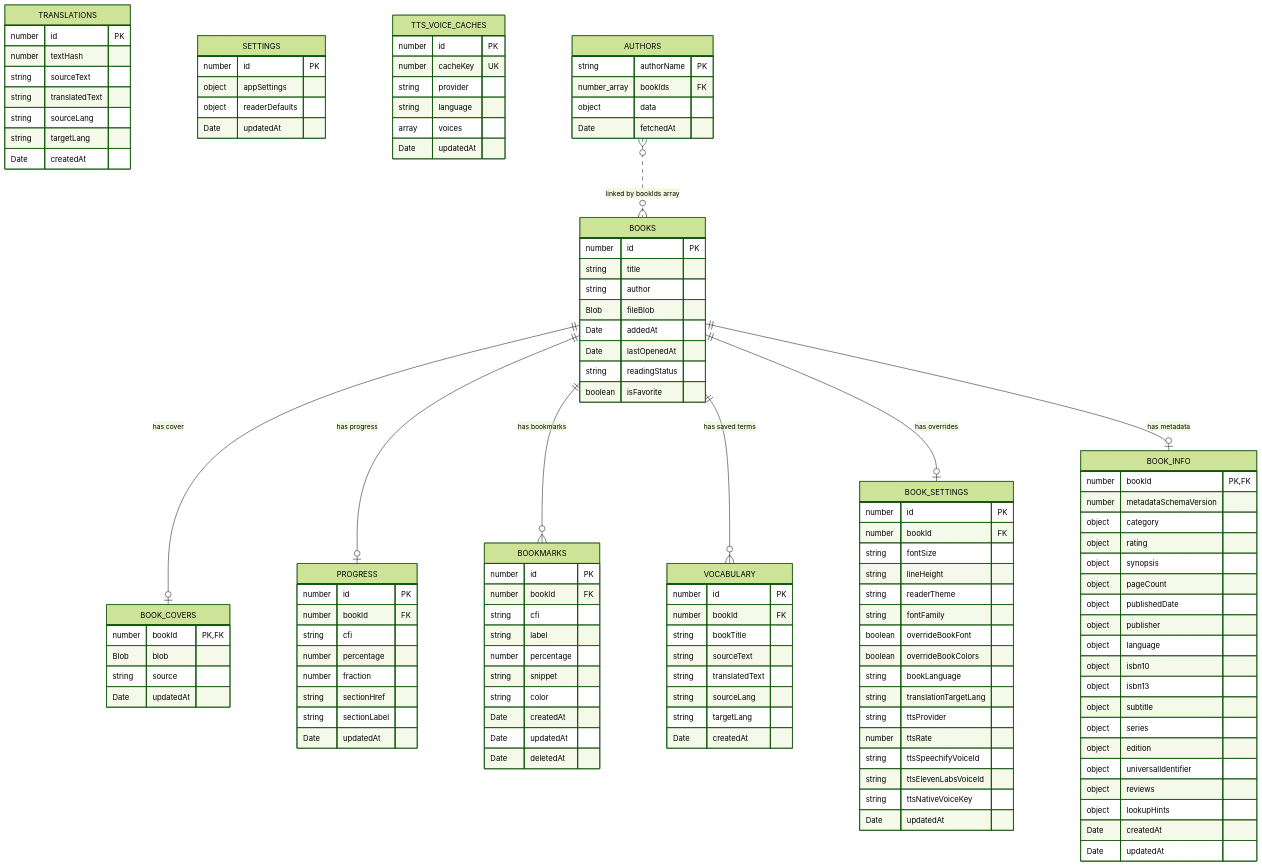
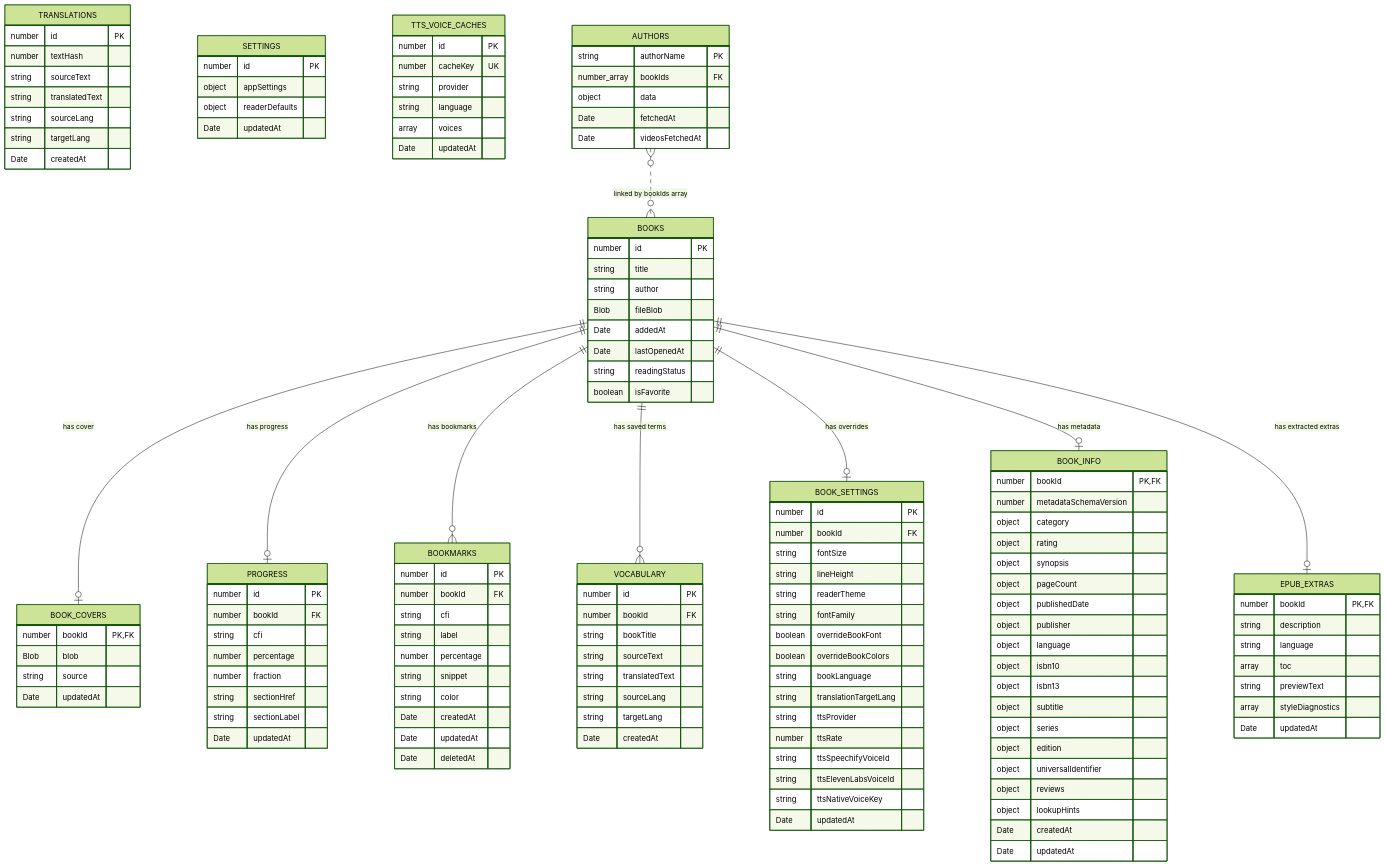
One commit to johnosd/NeoReader changed the diagram in docs/persistence-audit.md. Above: the diagram before and after it, drawn with Mermaid (forest theme). The commit also changed other lines of this file and 14 other files, not shown here.

````diff
--- a/docs/persistence-audit.md
+++ b/docs/persistence-audit.md
@@ -125,6 +126,17 @@
     number_array bookIds FK
     object data
     Date fetchedAt
+    Date videosFetchedAt
+  }
+
+  EPUB_EXTRAS {
+    number bookId PK,FK
+    string description
+    string language
+    array toc
+    string previewText
+    array styleDiagnostics
+    Date updatedAt
   }
 
   BOOK_INFO {
@@ -155,5 +167,6 @@
   BOOKS ||--o{ VOCABULARY : "has saved terms"
   BOOKS ||--o| BOOK_SETTINGS : "has overrides"
   BOOKS ||--o| BOOK_INFO : "has metadata"
+  BOOKS ||--o| EPUB_EXTRAS : "has extracted extras"
   AUTHORS }o..o{ BOOKS : "linked by bookIds array"
 ```
````
